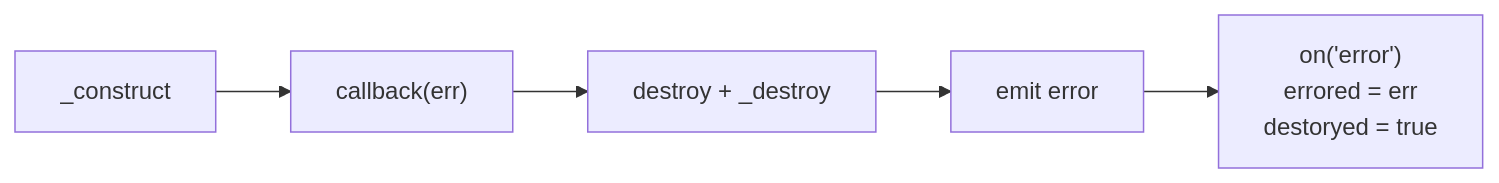
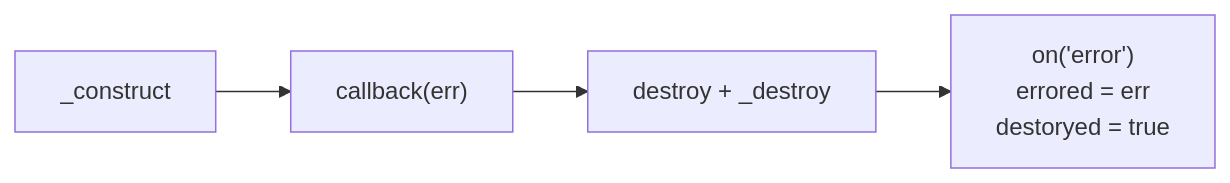
One commit to samuel871211/yusheng-tech-blog changed the fourth of 5 diagrams in docs/nodejs/stream-readable.md. Above: the diagram before and after it, drawn with Mermaid. The commit also changed other lines of this file and 2 other files, not shown here.

````diff
--- a/docs/nodejs/stream-readable.md
+++ b/docs/nodejs/stream-readable.md
@@ -422,7 +393,6 @@
 ```mermaid
 flowchart LR
     A[_construct] --> B["callback(err)"]
     B --> C[destroy + _destroy]
-    C --> D[emit error]
-    D --> E["on('error')<br/>errored = err<br/>destoryed = true"]
+    C --> D["on('error')<br/>errored = err<br/>destoryed = true"]
 ```
````
